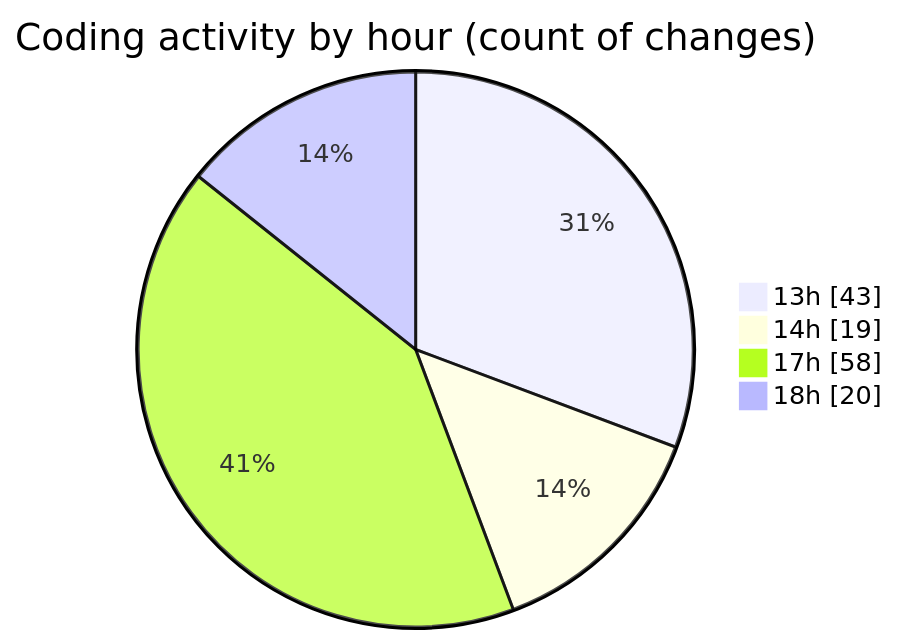
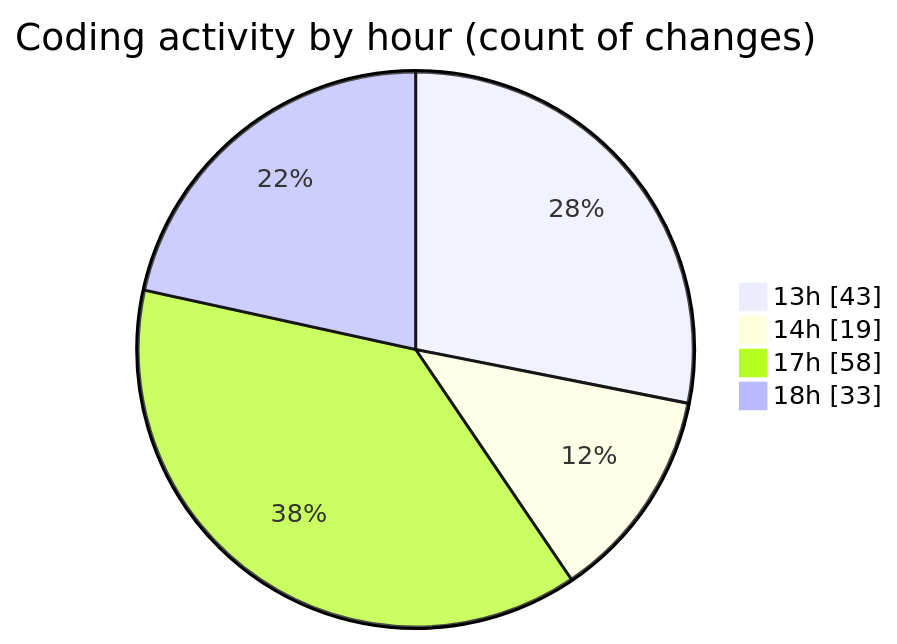
Before and after one commit to MatusMokan/code-tracking: the second of 2 diagrams in 2025-10-04/untitled__workspace_/README.md, drawn with Mermaid. The commit also changed other lines of this file and 1 other file, not shown here.

````diff
--- a/2025-10-04/untitled__workspace_/README.md
+++ b/2025-10-04/untitled__workspace_/README.md
@@ -46,8 +46,8 @@
 ```mermaid
 pie showData
 title Coding activity by hour (count of changes)
 "13h" : 43
 "14h" : 19
 "17h" : 58
-"18h" : 20
+"18h" : 33
 ```
````
